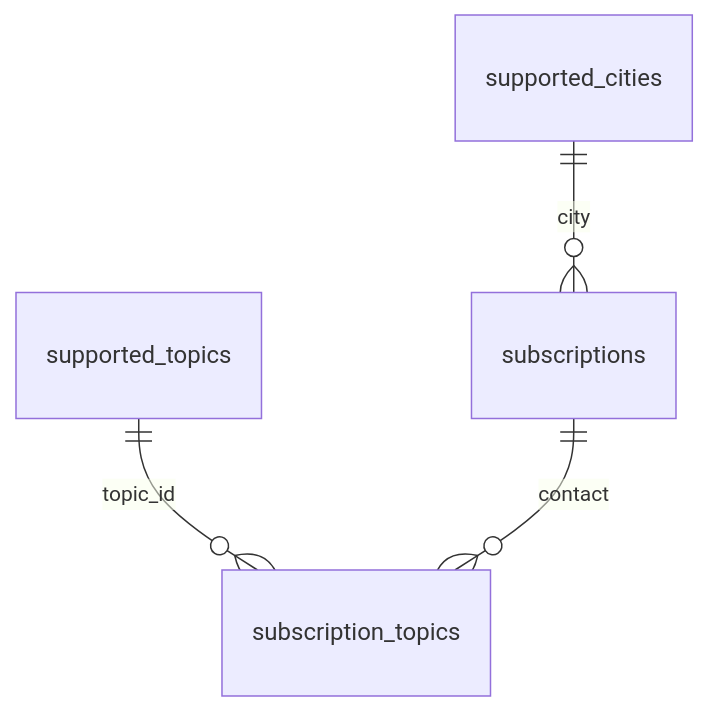
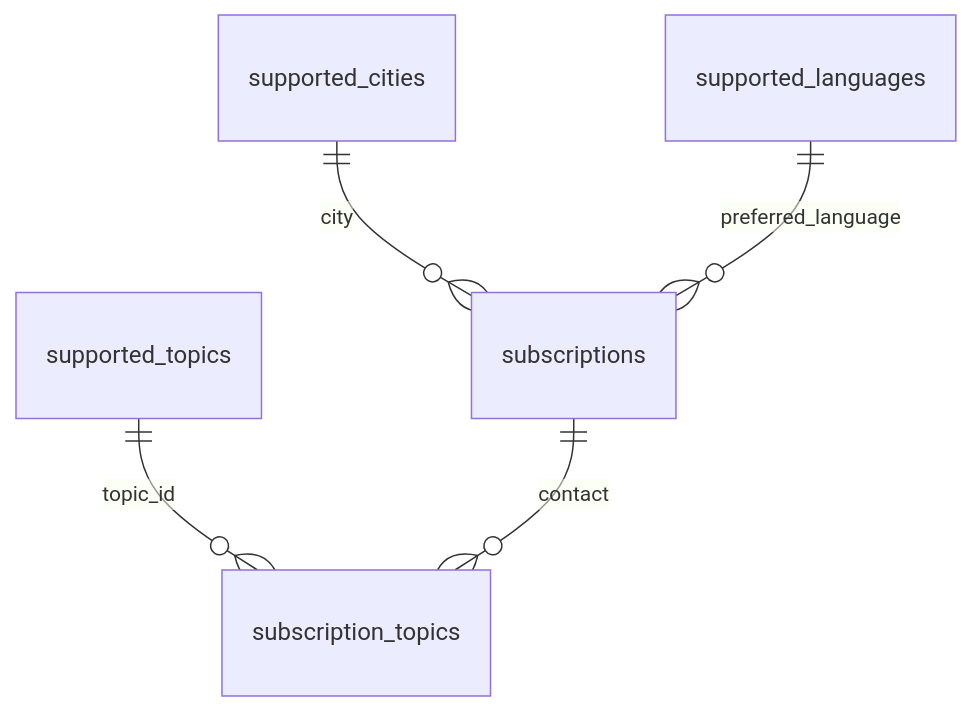
The diagram in docs/DB_INFRASTRUCTURE.md (Next-Voters/Local), drawn with Mermaid before and after one commit. The commit also changed other lines of this file and 12 other files, not shown here.

````diff
--- a/docs/DB_INFRASTRUCTURE.md
+++ b/docs/DB_INFRASTRUCTURE.md
@@ -43,6 +53,7 @@
 ```mermaid
 erDiagram
     supported_cities ||--o{ subscriptions : "city"
+    supported_languages ||--o{ subscriptions : "preferred_language"
     supported_topics ||--o{ subscription_topics : "topic_id"
     subscriptions ||--o{ subscription_topics : "contact"
 ```
````
